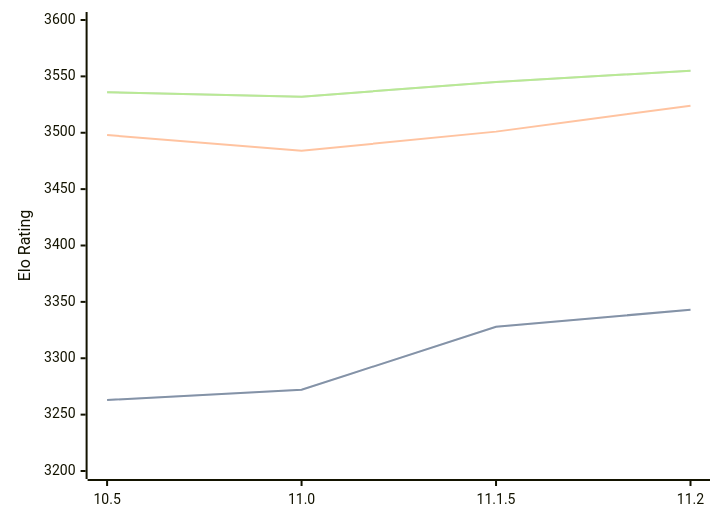
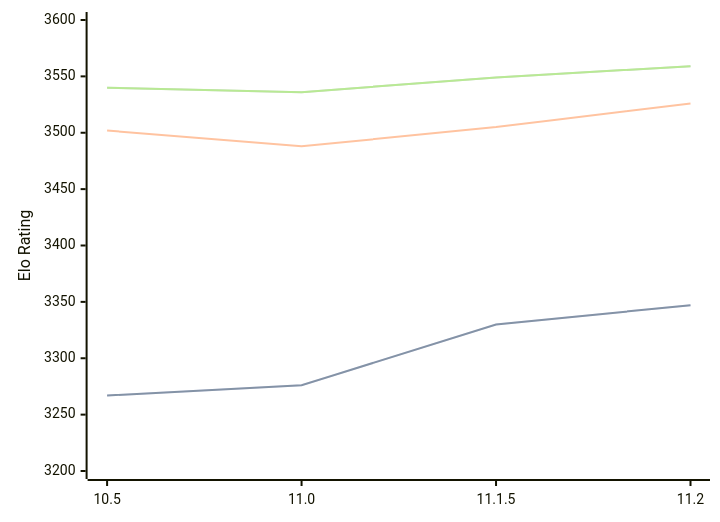
Before and after one commit to computer-chess-index/cci: the diagram in engines/Lizard.md, drawn with Mermaid. The commit also changed other lines of this file, not shown here.

Commit message:
Update CCI Ratings (ELO VLTC) - 2026-05-02

````diff
--- a/engines/Lizard.md
+++ b/engines/Lizard.md
@@ -46,11 +46,11 @@
 ```mermaid
 %%{init: {"theme":"base","themeVariables":{"seriesColors:['#a3a3a3','#222221','#faa371']}}}%%
 xychart-beta
   x-axis ["10.5", "11.0", "11.1.5", "11.2"]
   y-axis "Elo Rating" 3200 --> 3600
-  line "STC (8.0+0.08s)" [3263, 3272, 3328, 3343]
-  line "STC (8.0+0.08s)" [3263, 3272, 3328, 3343]
-  line "LTC (60.0+0.60s)" [3498, 3484, 3501, 3524]
-  line "VLTC (2m24s+1.12s)" [3536, 3532, 3545, 3555]
-  line "VLTC (2m24s+1.12s)" [3536, 3532, 3545, 3555]
+  line "STC (8.0+0.08s)" [3267, 3276, 3330, 3347]
+  line "STC (8.0+0.08s)" [3267, 3276, 3330, 3347]
+  line "LTC (60.0+0.60s)" [3502, 3488, 3505, 3526]
+  line "VLTC (2m24s+1.12s)" [3540, 3536, 3549, 3559]
+  line "VLTC (2m24s+1.12s)" [3540, 3536, 3549, 3559]
 ```
````
